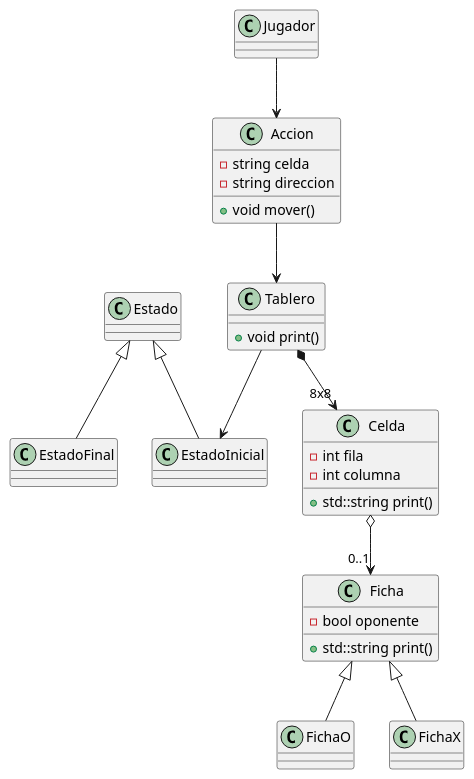
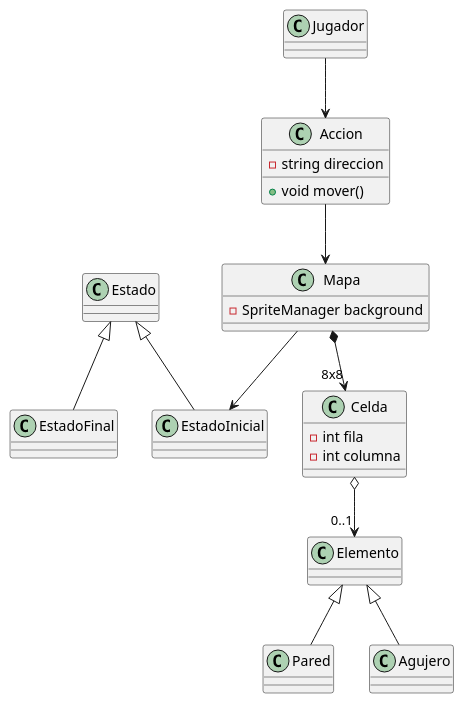
One commit to joaquinariasgomez/Chess changed the diagram in uml/Chess.puml. Above: the diagram before and after it, drawn with PlantUML. The commit also changed 19 other files, not shown here.

```diff
--- a/uml/Chess.puml
+++ b/uml/Chess.puml
@@ -1,36 +1,33 @@
 @startuml
 
-class Tablero {
-    +void print()
+class Mapa {
+    -SpriteManager background
 }
 
 class Accion {
     +void mover()
-    -string celda
     -string direccion
 }
 
 class Celda {
-    +std::string print()
     -int fila
     -int columna
 }
 
-class Ficha {
-    +std::string print()
-    -bool oponente
+class Elemento {
+    
 }
 
 Jugador --> Accion
-Accion --> Tablero
+Accion --> Mapa
 
-Tablero *--> "8x8" Celda
-Celda o--> "0..1" Ficha
-Ficha <|-- FichaO
-Ficha <|-- FichaX
+Mapa *--> "8x8" Celda
+Celda o--> "0..1" Elemento
+Elemento <|-- Pared
+Elemento <|-- Agujero
 
-Tablero --> EstadoInicial
+Mapa --> EstadoInicial
 Estado <|-- EstadoInicial
 Estado <|-- EstadoFinal
 
 @enduml
```
